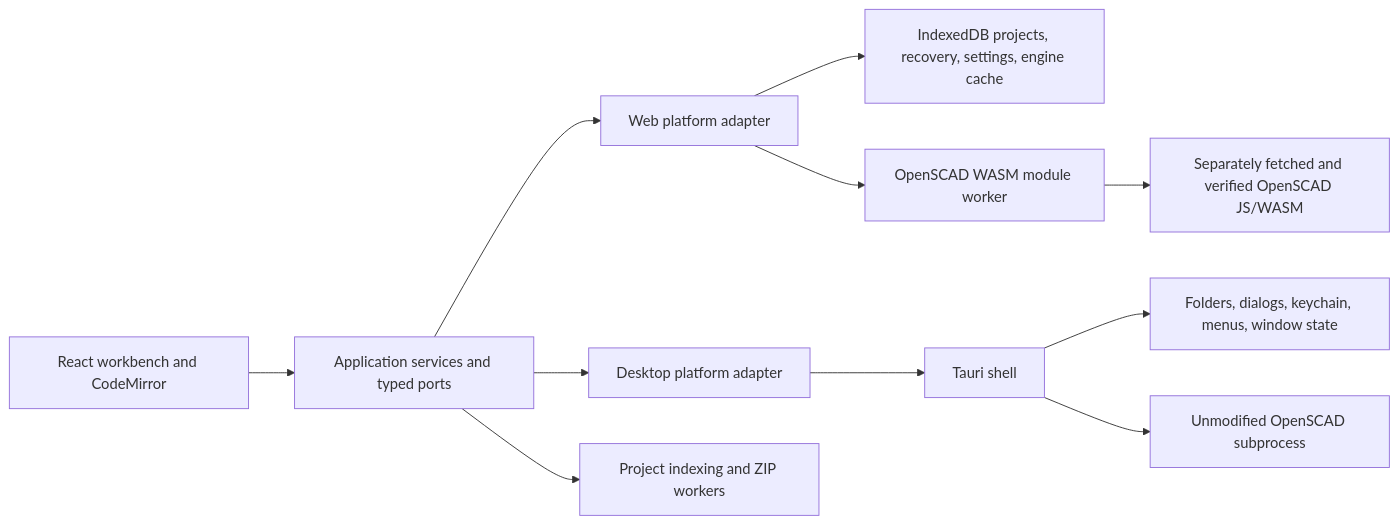
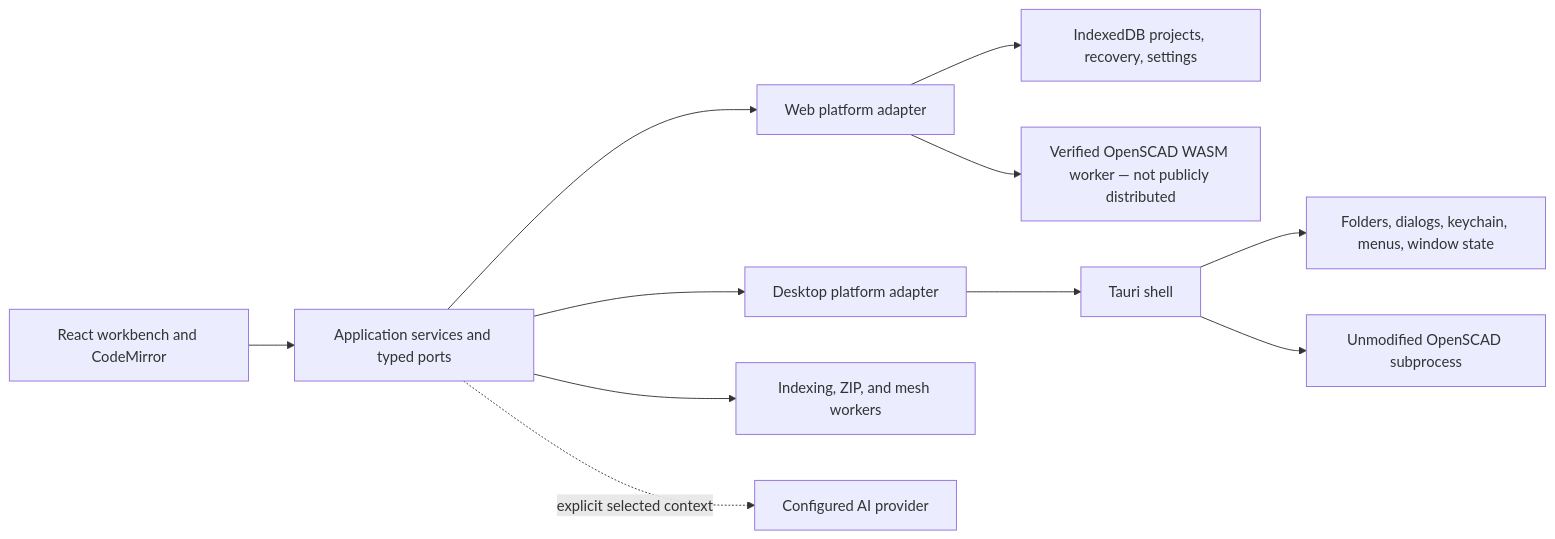
One commit to scottconverse/scadmill changed the diagram in ARCHITECTURE.md. Above: the diagram before and after it, drawn with Mermaid. The commit also changed other lines of this file and 31 other files, not shown here.

````diff
--- a/ARCHITECTURE.md
+++ b/ARCHITECTURE.md
@@ -5,13 +7,13 @@
 ```mermaid
 flowchart LR
   UI["React workbench and CodeMirror"] --> APP["Application services and typed ports"]
   APP --> WEB["Web platform adapter"]
   APP --> DESKTOP["Desktop platform adapter"]
-  WEB --> IDB["IndexedDB projects, recovery, settings, engine cache"]
-  WEB --> WWORKER["OpenSCAD WASM module worker"]
-  WWORKER --> WASM["Separately fetched and verified OpenSCAD JS/WASM"]
+  WEB --> IDB["IndexedDB projects, recovery, settings"]
+  WEB --> WWORKER["Verified OpenSCAD WASM worker — not publicly distributed"]
   DESKTOP --> TAURI["Tauri shell"]
   TAURI --> OS["Folders, dialogs, keychain, menus, window state"]
   TAURI --> NATIVE["Unmodified OpenSCAD subprocess"]
-  APP --> PROJECTWORKER["Project indexing and ZIP workers"]
+  APP --> WORKERS["Indexing, ZIP, and mesh workers"]
+  APP -. "explicit selected context" .-> AI["Configured AI provider"]
 ```
````
